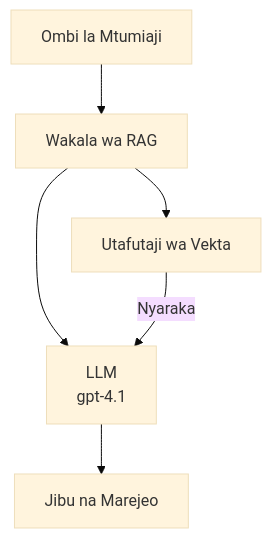
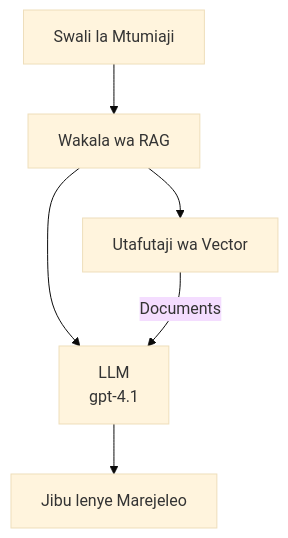
One commit to microsoft/AZD-for-beginners changed the second of 3 diagrams in translations/sw/docs/chapter-02-ai-development/agents.md. Above: the diagram before and after it, drawn with Mermaid (base theme). The commit also changed other lines of this file and 61 other files, not shown here.

````diff
--- a/translations/sw/docs/chapter-02-ai-development/agents.md
+++ b/translations/sw/docs/chapter-02-ai-development/agents.md
@@ -181,8 +181,8 @@
 ```mermaid
 graph TD
-    Query[Ombi la Mtumiaji] --> RAG[Wakala wa RAG]
-    RAG --> Vector[Utafutaji wa Vekta]
+    Query[Swali la Mtumiaji] --> RAG[Wakala wa RAG]
+    RAG --> Vector[Utafutaji wa Vector]
     RAG --> LLM[LLM<br/>gpt-4.1]
-    Vector -- Nyaraka --> LLM
-    LLM --> Response[Jibu na Marejeo]
+    Vector -- Documents --> LLM
+    LLM --> Response[Jibu lenye Marejeleo]
 ```
````
